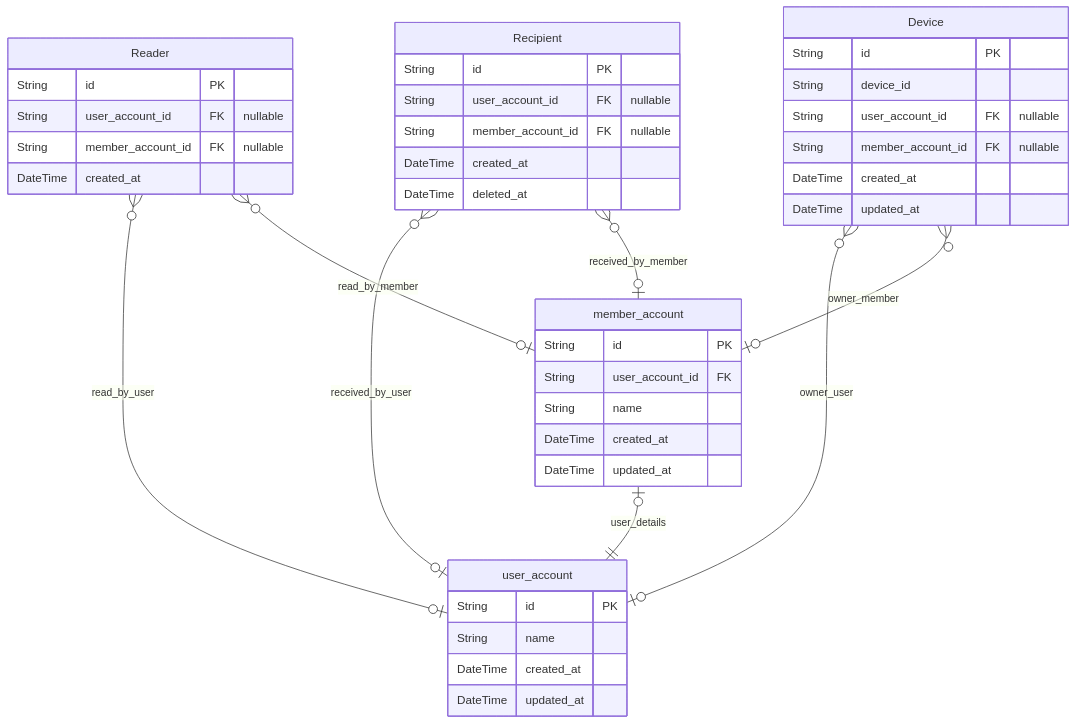
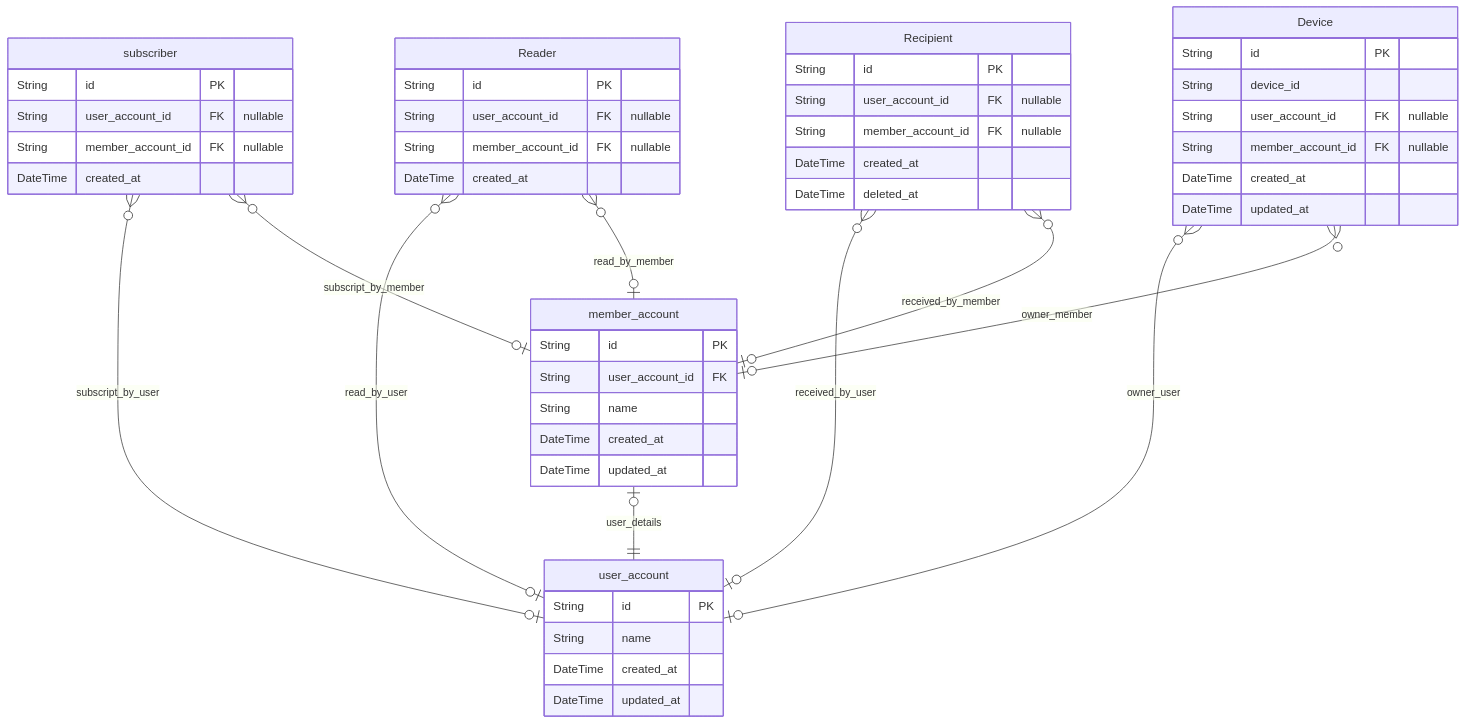
The first of 2 diagrams in docs/ERD.md (Mailly-Project/Mailly-BE), drawn with Mermaid before and after one commit. The commit also changed other lines of this file and 1 other file, not shown here.

Commit message:
feat: subscriber actor

````diff
--- a/docs/ERD.md
+++ b/docs/ERD.md
@@ -8,44 +8,52 @@
 ```mermaid
 erDiagram
 "user_account" {
   String id PK
   String name
   DateTime created_at
   DateTime updated_at
 }
 "member_account" {
   String id PK
   String user_account_id FK
   String name
   DateTime created_at
   DateTime updated_at
+}
+"subscriber" {
+  String id PK
+  String user_account_id FK "nullable"
+  String member_account_id FK "nullable"
+  DateTime created_at
 }
 "Reader" {
   String id PK
   String user_account_id FK "nullable"
   String member_account_id FK "nullable"
   DateTime created_at
 }
 "Recipient" {
   String id PK
   String user_account_id FK "nullable"
   String member_account_id FK "nullable"
   DateTime created_at
   DateTime deleted_at
 }
 "Device" {
   String id PK
   String device_id
   String user_account_id FK "nullable"
   String member_account_id FK "nullable"
   DateTime created_at
   DateTime updated_at
 }
 "member_account" |o--|| "user_account" : user_details
+"subscriber" }o--o| "user_account" : subscript_by_user
+"subscriber" }o--o| "member_account" : subscript_by_member
 "Reader" }o--o| "user_account" : read_by_user
 "Reader" }o--o| "member_account" : read_by_member
 "Recipient" }o--o| "user_account" : received_by_user
 "Recipient" }o--o| "member_account" : received_by_member
 "Device" }o--o| "user_account" : owner_user
 "Device" }o--o| "member_account" : owner_member
 ```
````
